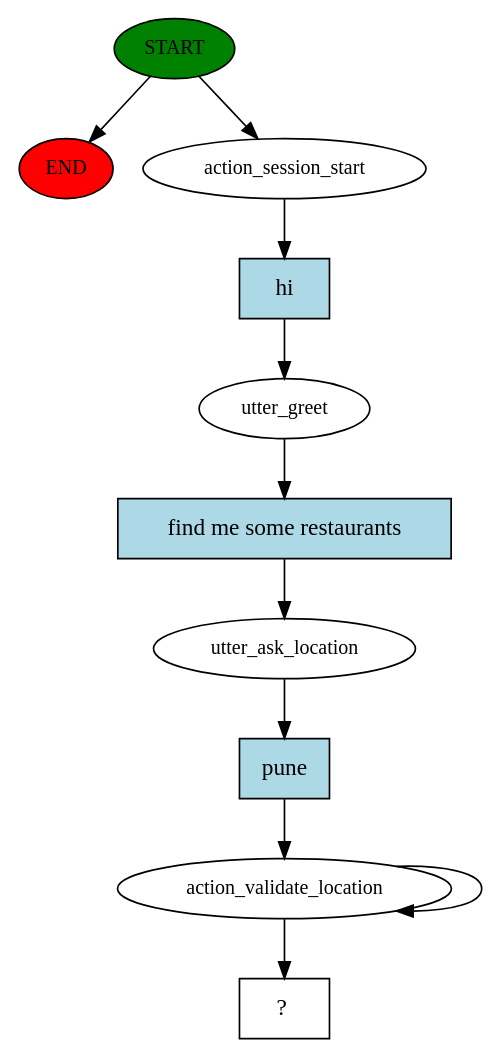
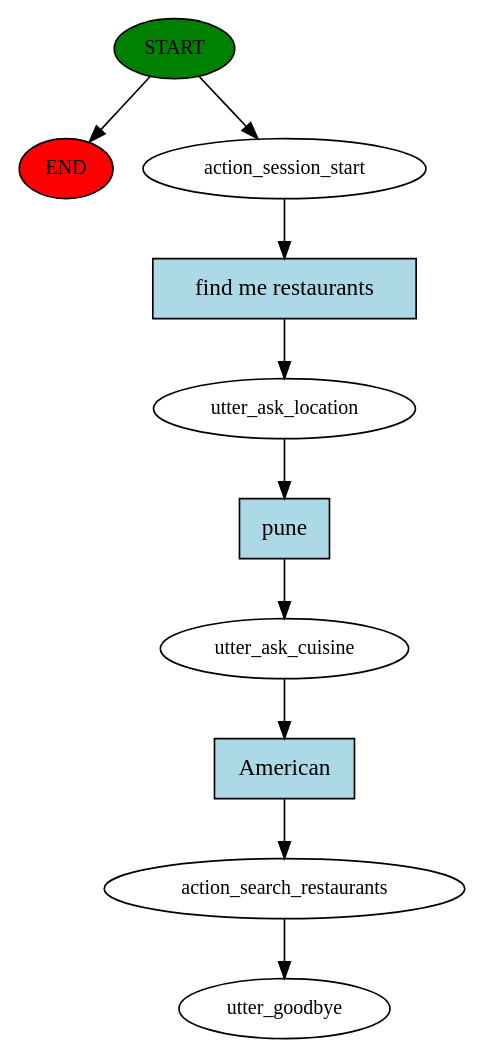
The diagram in story_graph.dot (thegreatluka/zomato-bot), drawn with Graphviz before and after one commit. The commit also changed 6 other files, not shown here.

Commit message:
implemented budget filter in action_search_restaurant

```diff
--- a/story_graph.dot
+++ b/story_graph.dot
@@ -1,22 +1,21 @@
 digraph  {
 0 [class="start active", fillcolor=green, fontsize=12, label=START, style=filled];
 "-1" [class=end, fillcolor=red, fontsize=12, label=END, style=filled];
 1 [class=active, fontsize=12, label=action_session_start];
-2 [class=active, fontsize=12, label=utter_greet];
-3 [class=active, fontsize=12, label=utter_ask_location];
-4 [class=active, fontsize=12, label=action_validate_location];
-6 [class="intent dashed active", label="  ?  ", shape=rect];
-7 [class="intent active", fillcolor=lightblue, label=hi, shape=rect, style=filled];
-8 [class="intent active", fillcolor=lightblue, label="find me some restaurants", shape=rect, style=filled];
-9 [class="intent active", fillcolor=lightblue, label=pune, shape=rect, style=filled];
+2 [class=active, fontsize=12, label=utter_ask_location];
+3 [class=active, fontsize=12, label=utter_ask_cuisine];
+4 [class=active, fontsize=12, label=action_search_restaurants];
+5 [class="dashed active", fontsize=12, label=utter_goodbye];
+6 [class="intent active", fillcolor=lightblue, label="find me restaurants", shape=rect, style=filled];
+7 [class="intent active", fillcolor=lightblue, label=pune, shape=rect, style=filled];
+8 [class="intent active", fillcolor=lightblue, label=American, shape=rect, style=filled];
 0 -> "-1"  [class="", key=NONE, label=""];
 0 -> 1  [class=active, key=NONE, label=""];
-1 -> 7  [class=active, key=0];
-2 -> 8  [class=active, key=0];
-3 -> 9  [class=active, key=0];
-4 -> 6  [class=active, key=NONE, label=""];
-4 -> 4  [class=active, key=NONE, label=""];
-7 -> 2  [class=active, key=0];
-8 -> 3  [class=active, key=0];
-9 -> 4  [class=active, key=0];
+1 -> 6  [class=active, key=0];
+2 -> 7  [class=active, key=0];
+3 -> 8  [class=active, key=0];
+4 -> 5  [class=active, key=NONE, label=""];
+6 -> 2  [class=active, key=0];
+7 -> 3  [class=active, key=0];
+8 -> 4  [class=active, key=0];
 }
```
